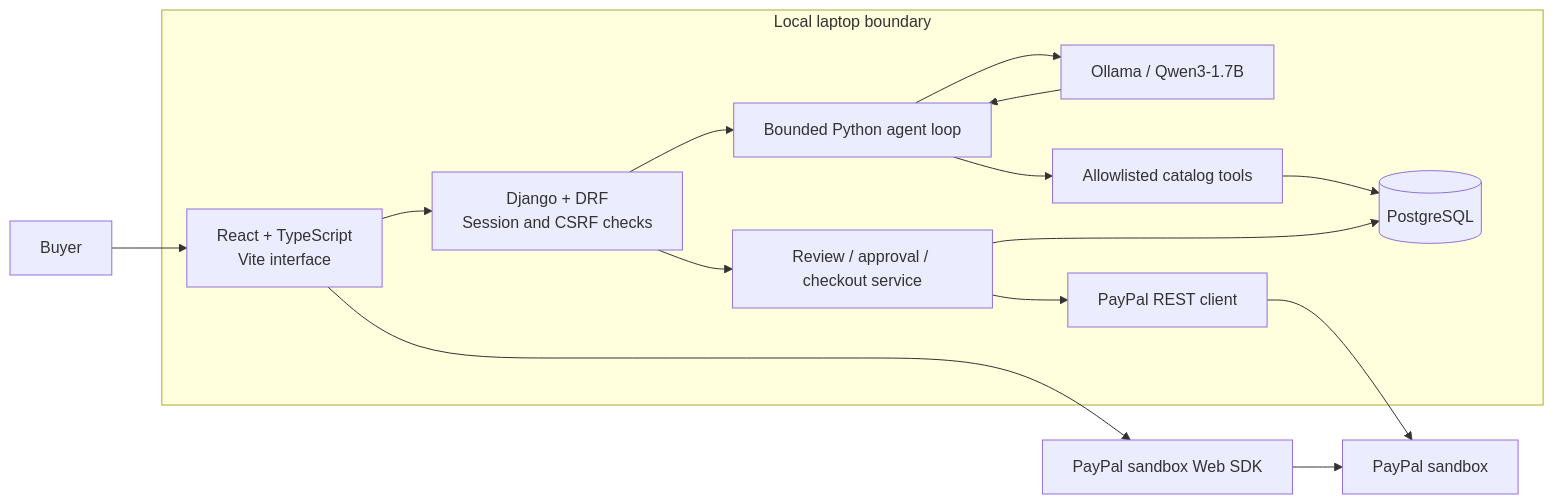
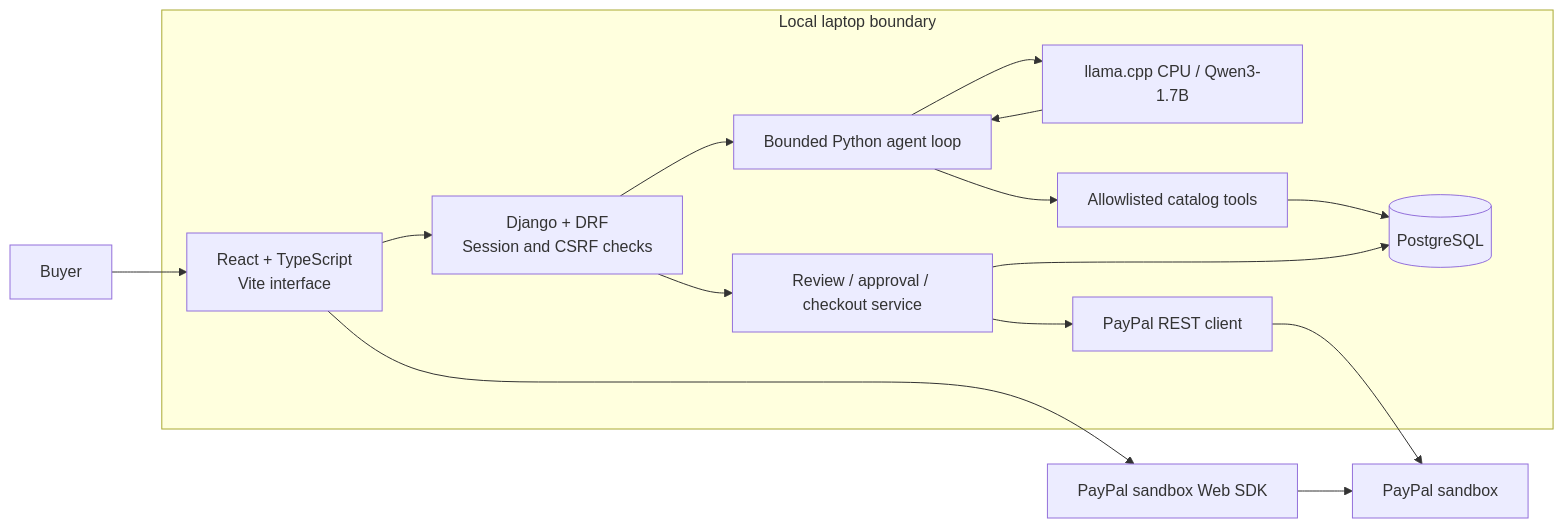
The first of 4 diagrams in docs/system-design.md (abhishekruby/spendconsent), drawn with Mermaid before and after one commit. The commit also changed other lines of this file and 15 other files, not shown here.

````diff
--- a/docs/system-design.md
+++ b/docs/system-design.md
@@ -19,18 +19,18 @@
 ```mermaid
 flowchart LR
     Buyer["Buyer"] --> UI["React + TypeScript\nVite interface"]
     subgraph Laptop["Local laptop boundary"]
         UI --> API["Django + DRF\nSession and CSRF checks"]
         API --> Agent["Bounded Python agent loop"]
-        Agent --> Model["Ollama / Qwen3-1.7B"]
+        Agent --> Model["llama.cpp CPU / Qwen3-1.7B"]
         Model --> Agent
         Agent --> Catalog["Allowlisted catalog tools"]
         Catalog --> DB[("PostgreSQL")]
         API --> Gate["Review / approval / checkout service"]
         Gate --> DB
         Gate --> Client["PayPal REST client"]
     end
     UI --> SDK["PayPal sandbox Web SDK"]
     SDK --> PP["PayPal sandbox"]
     Client --> PP
 ```
````
